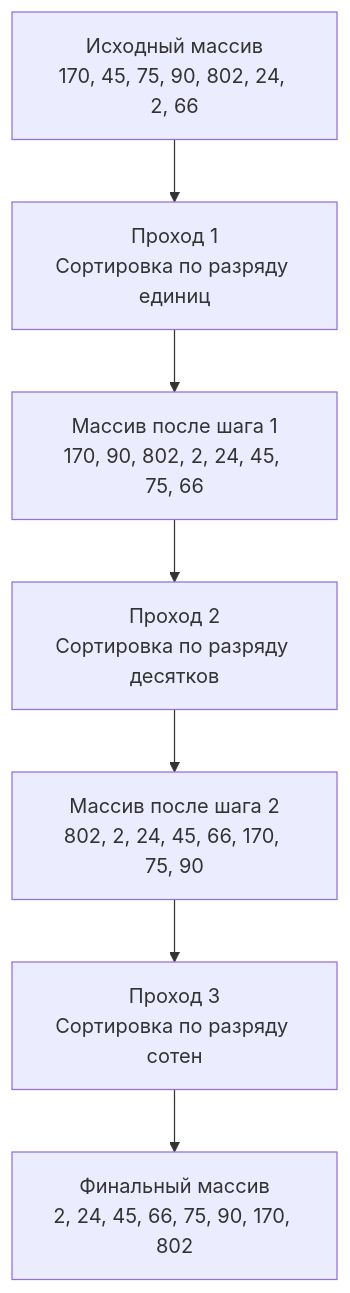
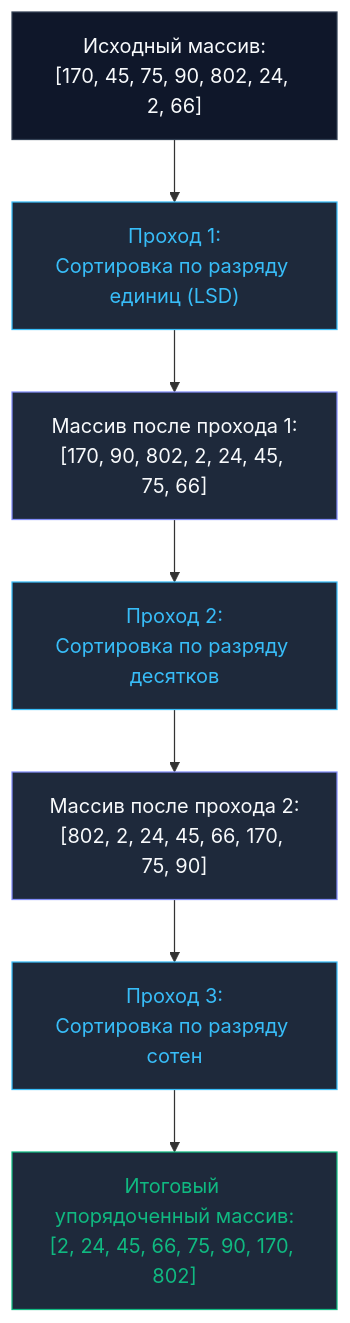
One commit to UnrealTemplier/go-textbook changed the diagram in sources/20. Алгоритмы и структуры данных (DSA) на Go/08. Сортировки/7. Radix sort.md. Above: the diagram before and after it, drawn with Mermaid. The commit also changed other lines of this file, not shown here.

````diff
--- a/sources/20. Алгоритмы и структуры данных (DSA) на Go/08. Сортировки/7. Radix sort.md
+++ b/sources/20. Алгоритмы и структуры данных (DSA) на Go/08. Сортировки/7. Radix sort.md
@@ -19,14 +22,24 @@
 ```mermaid
 flowchart TD
-    Start["Исходный массив<br>170, 45, 75, 90, 802, 24, 2, 66"] --> Step1["Проход 1<br>Сортировка по разряду единиц"]
+    Start["Исходный массив:<br/>[170, 45, 75, 90, 802, 24, 2, 66]"] --> Step1["Проход 1:<br/>Сортировка по разряду единиц (LSD)"]
     
-    Step1 --> R1["Массив после шага 1<br>170, 90, 802, 2, 24, 45, 75, 66"]
+    Step1 --> R1["Массив после прохода 1:<br/>[170, 90, 802, 2, 24, 45, 75, 66]"]
     
-    R1 --> Step2["Проход 2<br>Сортировка по разряду десятков"]
+    R1 --> Step2["Проход 2:<br/>Сортировка по разряду десятков"]
     
-    Step2 --> R2["Массив после шага 2<br>802, 2, 24, 45, 66, 170, 75, 90"]
+    Step2 --> R2["Массив после прохода 2:<br/>[802, 2, 24, 45, 66, 170, 75, 90]"]
     
-    R2 --> Step3["Проход 3<br>Сортировка по разряду сотен"]
+    R2 --> Step3["Проход 3:<br/>Сортировка по разряду сотен"]
     
-    Step3 --> Finish["Финальный массив<br>2, 24, 45, 66, 75, 90, 170, 802"]
+    Step3 --> Finish["Итоговый упорядоченный массив:<br/>[2, 24, 45, 66, 75, 90, 170, 802]"]
+
+    classDef default fill:#0f172a,stroke:#334155,color:#f8fafc
+    classDef step fill:#1e293b,stroke:#38bdf8,color:#38bdf8
+    classDef intermediate fill:#1e293b,stroke:#818cf8,color:#f8fafc
+    classDef success fill:#1e293b,stroke:#10b981,color:#10b981
+
+    class Start default
+    class Step1,Step2,Step3 step
+    class R1,R2 intermediate
+    class Finish success
 ```
````
